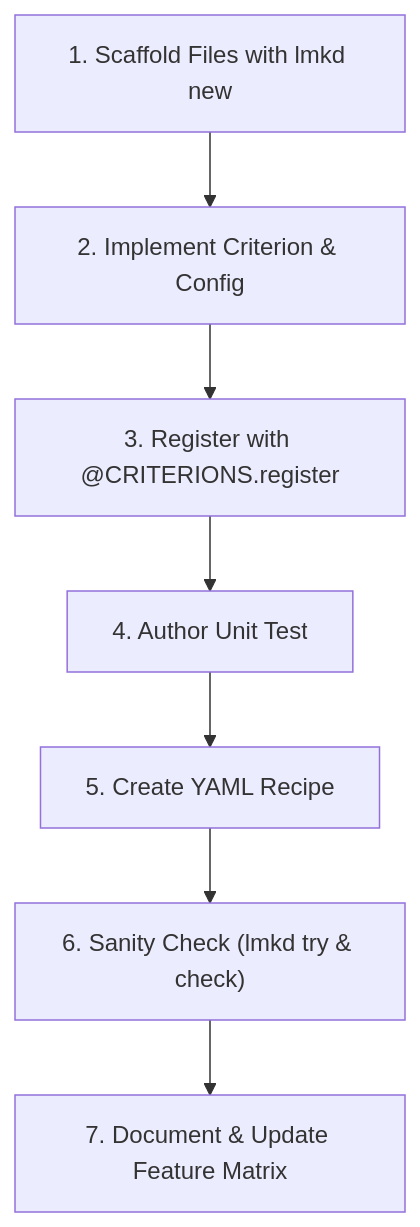
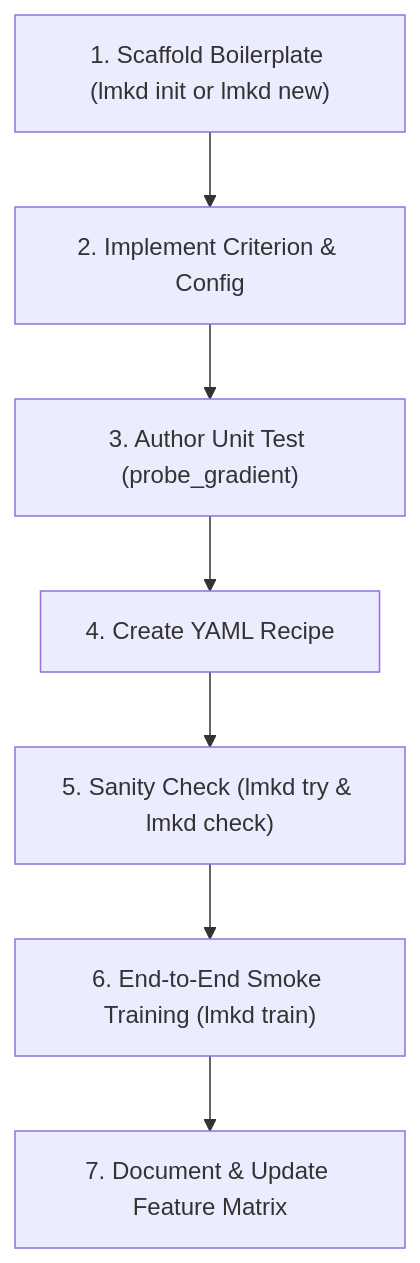
The diagram in official_docs/guides/adding-a-baseline.md (phongdq25/LM-KD), drawn with Mermaid before and after one commit. The commit also changed other lines of this file and 157 other files, not shown here.

````diff
--- a/official_docs/guides/adding-a-baseline.md
+++ b/official_docs/guides/adding-a-baseline.md
@@ -11,9 +11,9 @@
 ```mermaid
 flowchart TD
-    Step1["1. Scaffold Files with lmkd new"] --> Step2["2. Implement Criterion & Config"]
-    Step2 --> Step3["3. Register with @CRITERIONS.register"]
-    Step3 --> Step4["4. Author Unit Test"]
-    Step4 --> Step5["5. Create YAML Recipe"]
-    Step5 --> Step6["6. Sanity Check (lmkd try & check)"]
+    Step1["1. Scaffold Boilerplate (lmkd init or lmkd new)"] --> Step2["2. Implement Criterion & Config"]
+    Step2 --> Step3["3. Author Unit Test (probe_gradient)"]
+    Step3 --> Step4["4. Create YAML Recipe"]
+    Step4 --> Step5["5. Sanity Check (lmkd try & lmkd check)"]
+    Step5 --> Step6["6. End-to-End Smoke Training (lmkd train)"]
     Step6 --> Step7["7. Document & Update Feature Matrix"]
 ```
````
